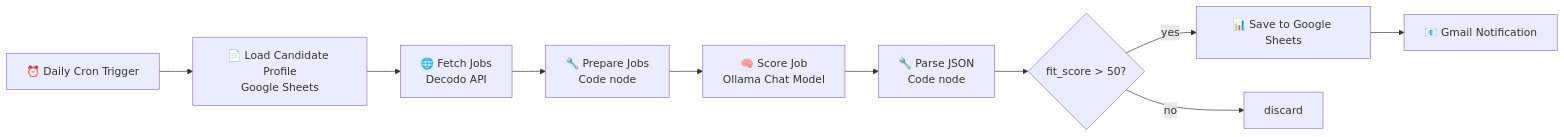
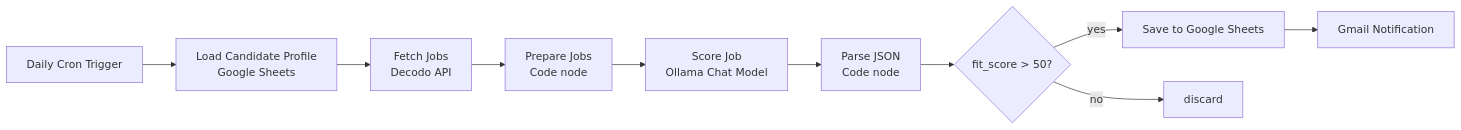
The first of 2 diagrams in README.md (yvk9/sturdy-octo-computing-machine), drawn with Mermaid before and after one commit. The commit also changed other lines of this file, not shown here.

````diff
--- a/README.md
+++ b/README.md
@@ -30,12 +30,12 @@
 ```mermaid
 flowchart LR
-    A[⏰ Daily Cron Trigger] --> B[📄 Load Candidate Profile<br/>Google Sheets]
-    B --> C[🌐 Fetch Jobs<br/>Decodo API]
-    C --> D[🔧 Prepare Jobs<br/>Code node]
-    D --> E[🧠 Score Job<br/>Ollama Chat Model]
-    E --> F[🔧 Parse JSON<br/>Code node]
+    A[ Daily Cron Trigger] --> B[ Load Candidate Profile<br/>Google Sheets]
+    B --> C[ Fetch Jobs<br/>Decodo API]
+    C --> D[ Prepare Jobs<br/>Code node]
+    D --> E[ Score Job<br/>Ollama Chat Model]
+    E --> F[ Parse JSON<br/>Code node]
     F --> G{fit_score > 50?}
-    G -- yes --> H[📊 Save to Google Sheets]
-    H --> I[📧 Gmail Notification]
+    G -- yes --> H[ Save to Google Sheets]
+    H --> I[ Gmail Notification]
     G -- no --> X[discard]
 ```
````
